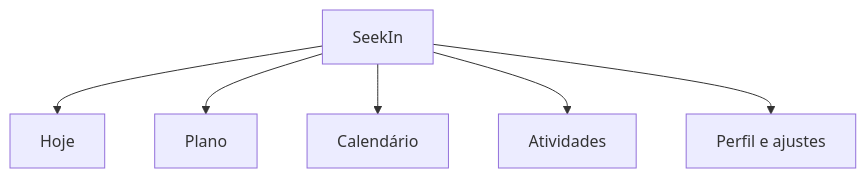
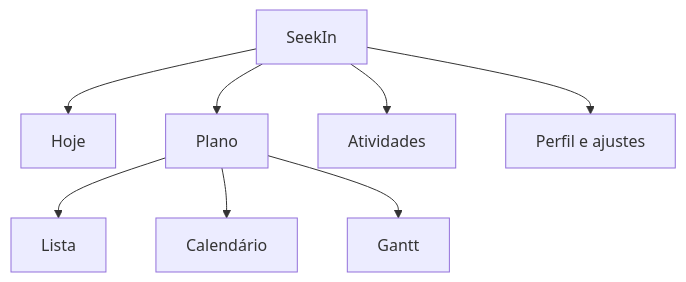
Before and after one commit to jukazilli/SeekIn: the first of 3 diagrams in docs/01-prd-mvp-planner.md, drawn with Mermaid. The commit also changed other lines of this file and 2 other files, not shown here.

Commit message:
docs: define PWA, responsividade e visão de lista

````diff
--- a/docs/01-prd-mvp-planner.md
+++ b/docs/01-prd-mvp-planner.md
@@ -171,8 +176,10 @@
 ```mermaid
 flowchart TD
     A[SeekIn] --> H[Hoje]
     A --> P[Plano]
-    A --> C[Calendário]
     A --> T[Atividades]
     A --> S[Perfil e ajustes]
+    P --> L[Lista]
+    P --> C[Calendário]
+    P --> G[Gantt]
 ```
````
